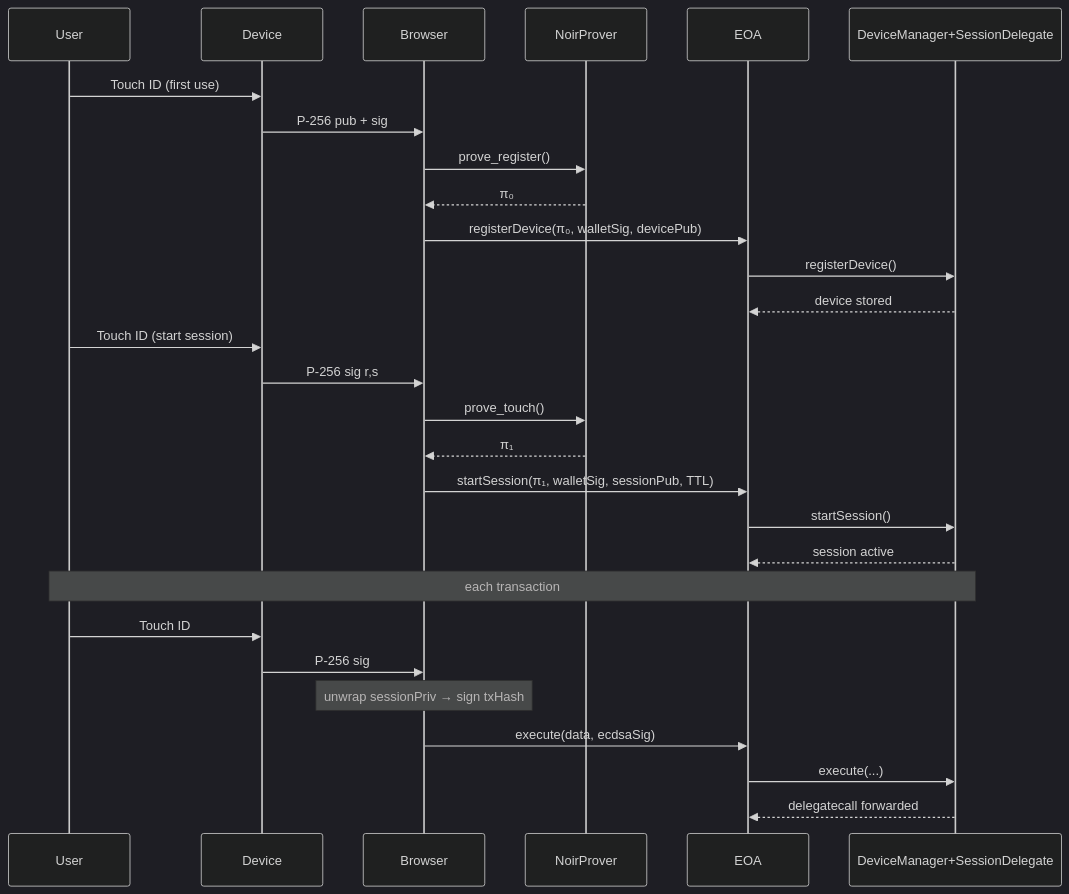
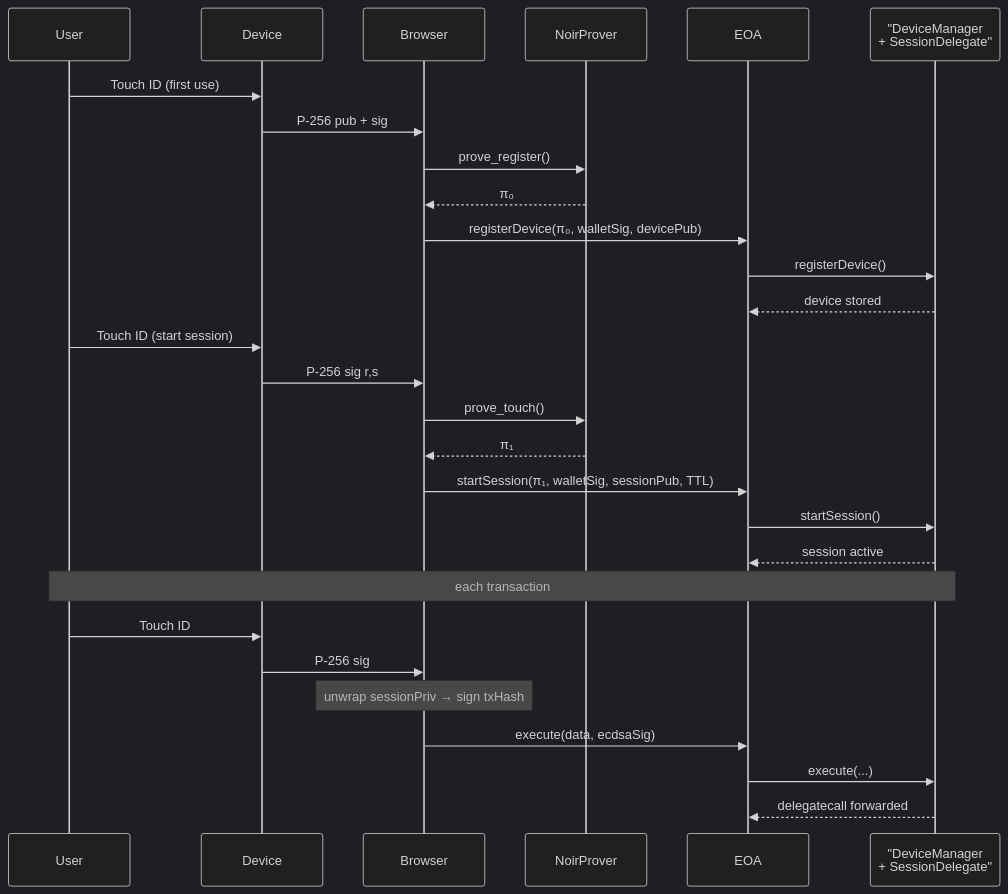
The fifth of 5 diagrams in research.md (Ham3798/AuthDevice7702), drawn with Mermaid (dark theme) before and after one commit. The commit also changed other lines of this file and 1 other file, not shown here.

````diff
--- a/research.md
+++ b/research.md
@@ -191,33 +195,33 @@
 ```mermaid
 sequenceDiagram
     participant User
     participant Device
     participant Browser
     participant NoirProver
     participant EOA
-    participant DeviceMgr as DeviceManager+SessionDelegate
+    participant DeviceMgr as "DeviceManager<br/>+ SessionDelegate"
 
     User->>Device: Touch ID (first use)
     Device->>Browser: P-256 pub + sig
     Browser->>NoirProver: prove_register()
     NoirProver-->>Browser: π₀
     Browser->>EOA: registerDevice(π₀, walletSig, devicePub)
     EOA->>DeviceMgr: registerDevice()
     DeviceMgr-->>EOA: device stored
 
     User->>Device: Touch ID (start session)
     Device->>Browser: P-256 sig r,s
     Browser->>NoirProver: prove_touch()
     NoirProver-->>Browser: π₁
     Browser->>EOA: startSession(π₁, walletSig, sessionPub, TTL)
     EOA->>DeviceMgr: startSession()
     DeviceMgr-->>EOA: session active
 
     note over User,DeviceMgr: each transaction
     User->>Device: Touch ID
     Device->>Browser: P-256 sig
     note over Browser: unwrap sessionPriv → sign txHash
     Browser->>EOA: execute(data, ecdsaSig)
     EOA->>DeviceMgr: execute(...)
     DeviceMgr-->>EOA: delegatecall forwarded
 ```
````
